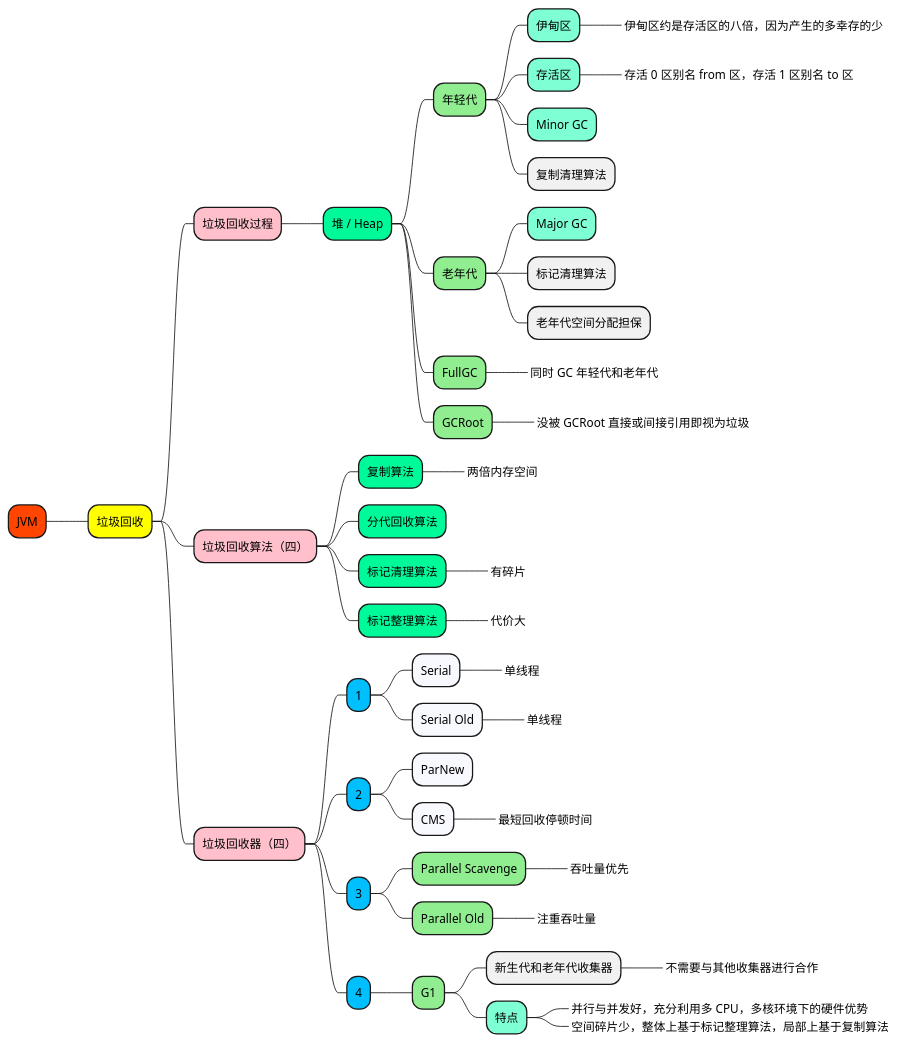
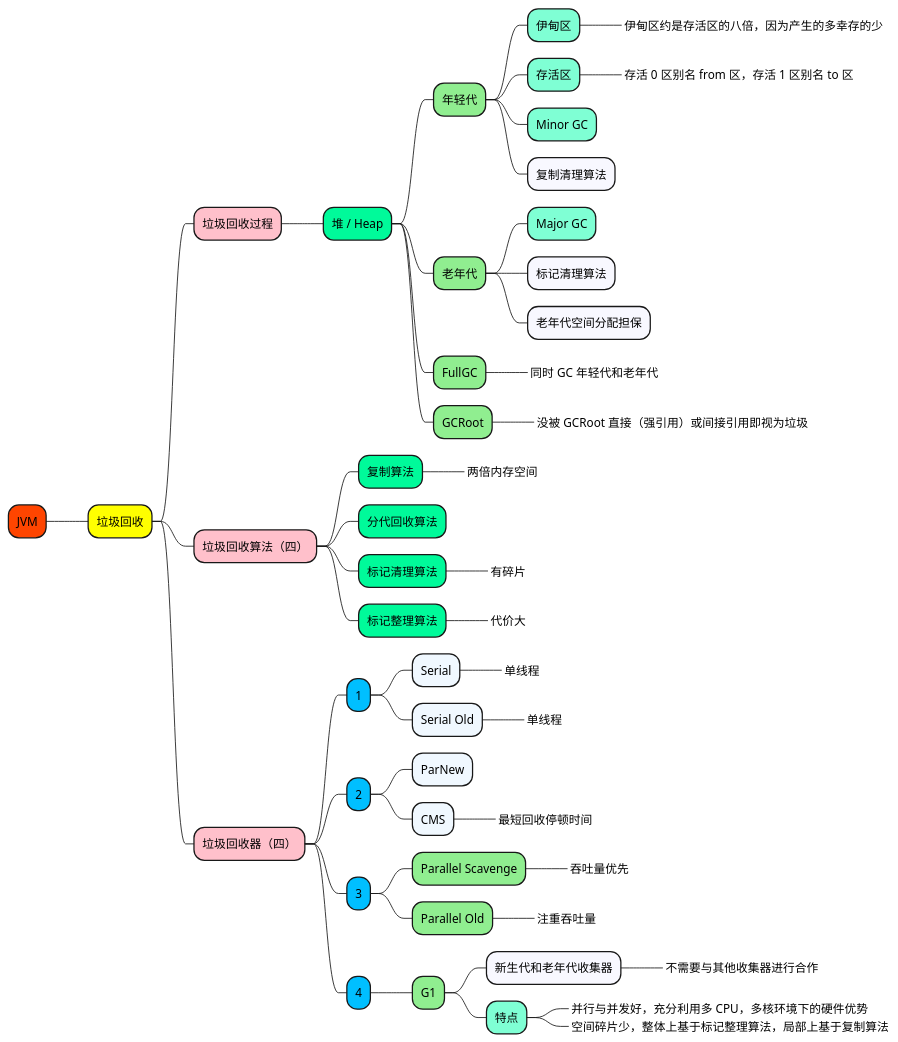
Before and after one commit to doveg/self-cultivation-of-a-software-engineer: the diagram in 1_map/java/JVM-垃圾回收.puml, drawn with PlantUML. The commit also changed 3 other files, not shown here.

```diff
--- a/1_map/java/JVM-垃圾回收.puml
+++ b/1_map/java/JVM-垃圾回收.puml
@@ -1,70 +1,70 @@
 @startmindmap
 
 +[#OrangeRed] JVM
 
 ++[#yellow] 垃圾回收
 
 +++[#Pink] 垃圾回收过程
 
 ++++[#MediumSpringGreen] 堆 / Heap
 
 +++++[#LightGreen] 年轻代
 ++++++[#Aquamarine] 伊甸区
 +++++++[#Aquamarine]_ 伊甸区约是存活区的八倍，因为产生的多幸存的少
 ++++++[#Aquamarine] 存活区
 +++++++[#Aquamarine]_ 存活 0 区别名 from 区，存活 1 区别名 to 区
 ++++++[#Aquamarine] Minor GC
-++++++ 复制清理算法
+++++++[#GhostWhite] 复制清理算法
 
 +++++[#LightGreen] 老年代
 ++++++[#Aquamarine] Major GC
-++++++ 标记清理算法
-++++++ 老年代空间分配担保
+++++++[#GhostWhite] 标记清理算法
+++++++[#GhostWhite] 老年代空间分配担保
 
 +++++[#LightGreen] FullGC
 ++++++_ 同时 GC 年轻代和老年代
 
 +++++[#LightGreen] GCRoot
-++++++_ 没被 GCRoot 直接或间接引用即视为垃圾
+++++++_ 没被 GCRoot 直接（强引用）或间接引用即视为垃圾
 
 
 +++[#Pink] 垃圾回收算法（四）
 
 ++++[#MediumSpringGreen] 复制算法
 +++++_ 两倍内存空间
 ++++[#MediumSpringGreen] 分代回收算法
 ++++[#MediumSpringGreen] 标记清理算法
 +++++_ 有碎片
 ++++[#MediumSpringGreen] 标记整理算法
 +++++_ 代价大
 
 
 +++[#Pink] 垃圾回收器（四）
 
 ++++[#DeepSkyBlue] 1
-+++++[#GhostWhite] Serial
++++++[#AliceBlue] Serial
 ++++++_ 单线程
-+++++[#GhostWhite] Serial Old
++++++[#AliceBlue] Serial Old
 ++++++_ 单线程
 
 ++++[#DeepSkyBlue] 2
-+++++[#GhostWhite] ParNew
-+++++[#GhostWhite] CMS
++++++[#AliceBlue] ParNew
++++++[#AliceBlue] CMS
 ++++++_ 最短回收停顿时间
 
 ++++[#DeepSkyBlue] 3
 +++++[#LightGreen] Parallel Scavenge
 ++++++_ 吞吐量优先
 +++++[#LightGreen] Parallel Old
 ++++++_ 注重吞吐量
 
 ++++[#DeepSkyBlue] 4
 +++++[#LightGreen] G1
-++++++ 新生代和老年代收集器
+++++++[#GhostWhite] 新生代和老年代收集器
 +++++++_ 不需要与其他收集器进行合作
 ++++++[#Aquamarine] 特点
-+++++++[#Aquamarine]_ 并行与并发好，充分利用多 CPU，多核环境下的硬件优势
-+++++++[#Aquamarine]_ 空间碎片少，整体上基于标记整理算法，局部上基于复制算法
++++++++_ 并行与并发好，充分利用多 CPU，多核环境下的硬件优势
++++++++_ 空间碎片少，整体上基于标记整理算法，局部上基于复制算法
 
 
 @endmindmap
```
